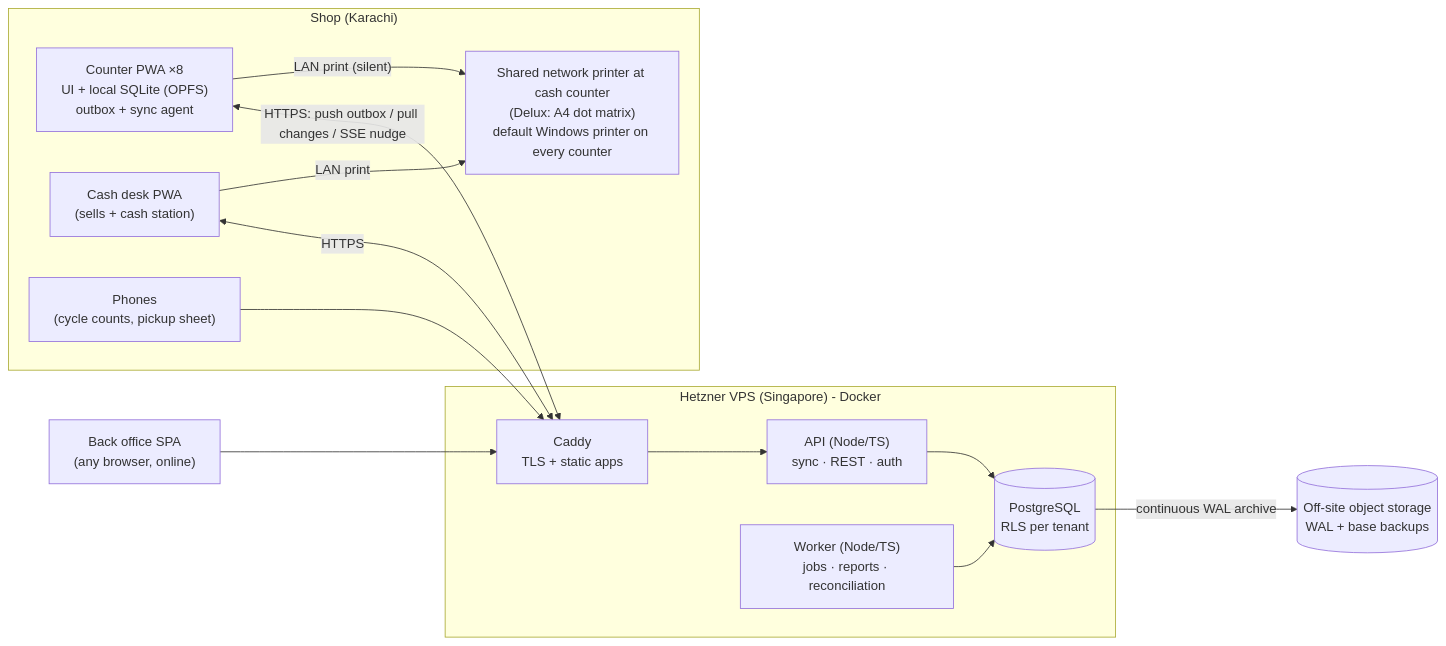
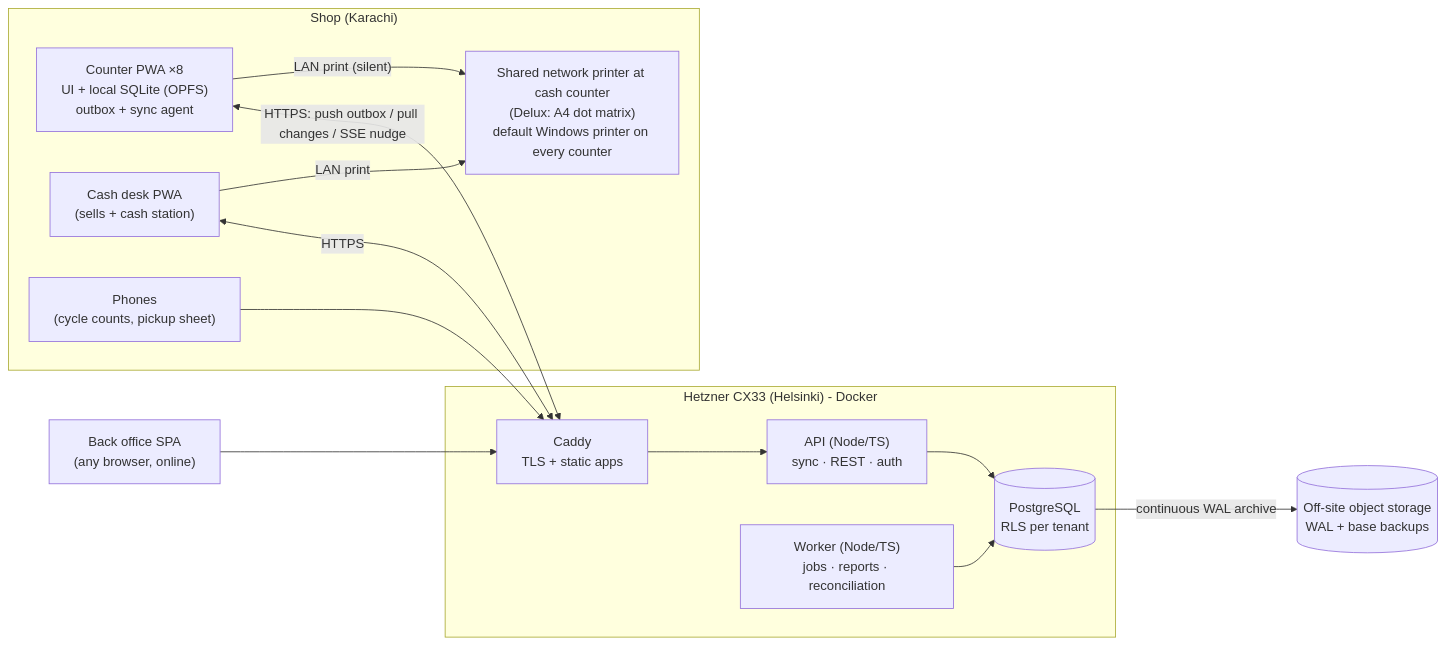
The diagram in docs/02-ARCHITECTURE.md (fahadhussain2/Cloud-ERP-and-POS-System), drawn with Mermaid before and after one commit. The commit also changed other lines of this file and 3 other files, not shown here.

````diff
--- a/docs/02-ARCHITECTURE.md
+++ b/docs/02-ARCHITECTURE.md
@@ -14,30 +14,30 @@
 ```mermaid
 flowchart LR
   subgraph Shop["Shop (Karachi)"]
     C1["Counter PWA ×8<br/>UI + local SQLite (OPFS)<br/>outbox + sync agent"]
     CD["Cash desk PWA<br/>(sells + cash station)"]
     PH["Phones<br/>(cycle counts, pickup sheet)"]
     PR["Shared network printer at cash counter<br/>(Delux: A4 dot matrix)<br/>default Windows printer on every counter"]
     C1 -->|"LAN print (silent)"| PR
     CD -->|LAN print| PR
   end
 
-  subgraph Cloud["Hetzner VPS (Singapore) - Docker"]
+  subgraph Cloud["Hetzner CX33 (Helsinki) - Docker"]
     CADDY["Caddy<br/>TLS + static apps"]
     API["API (Node/TS)<br/>sync · REST · auth"]
     WK["Worker (Node/TS)<br/>jobs · reports · reconciliation"]
     PG[("PostgreSQL<br/>RLS per tenant")]
     CADDY --> API
     API --> PG
     WK --> PG
   end
 
   BO["Back office SPA<br/>(any browser, online)"]
   OBJ[("Off-site object storage<br/>WAL + base backups")]
 
   C1 <-->|"HTTPS: push outbox / pull changes / SSE nudge"| CADDY
   CD <-->|HTTPS| CADDY
   PH --> CADDY
   BO --> CADDY
   PG -->|continuous WAL archive| OBJ
 ```
````
